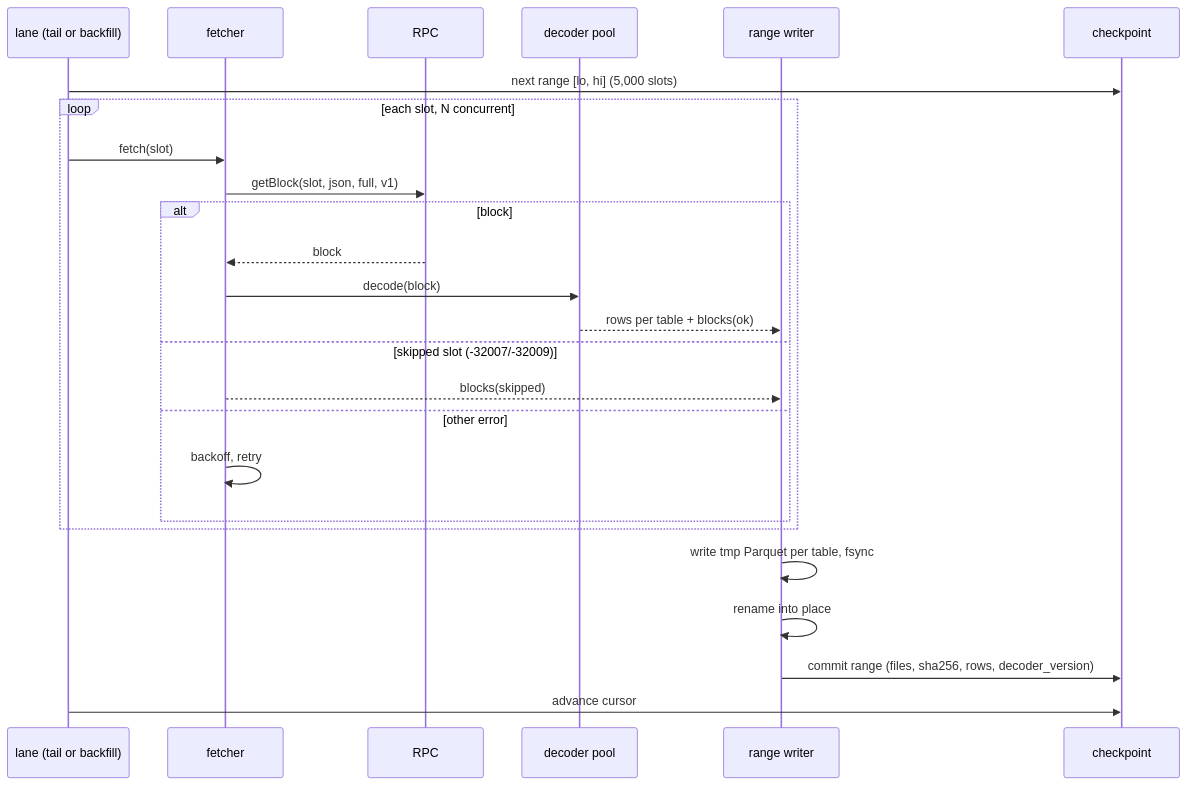
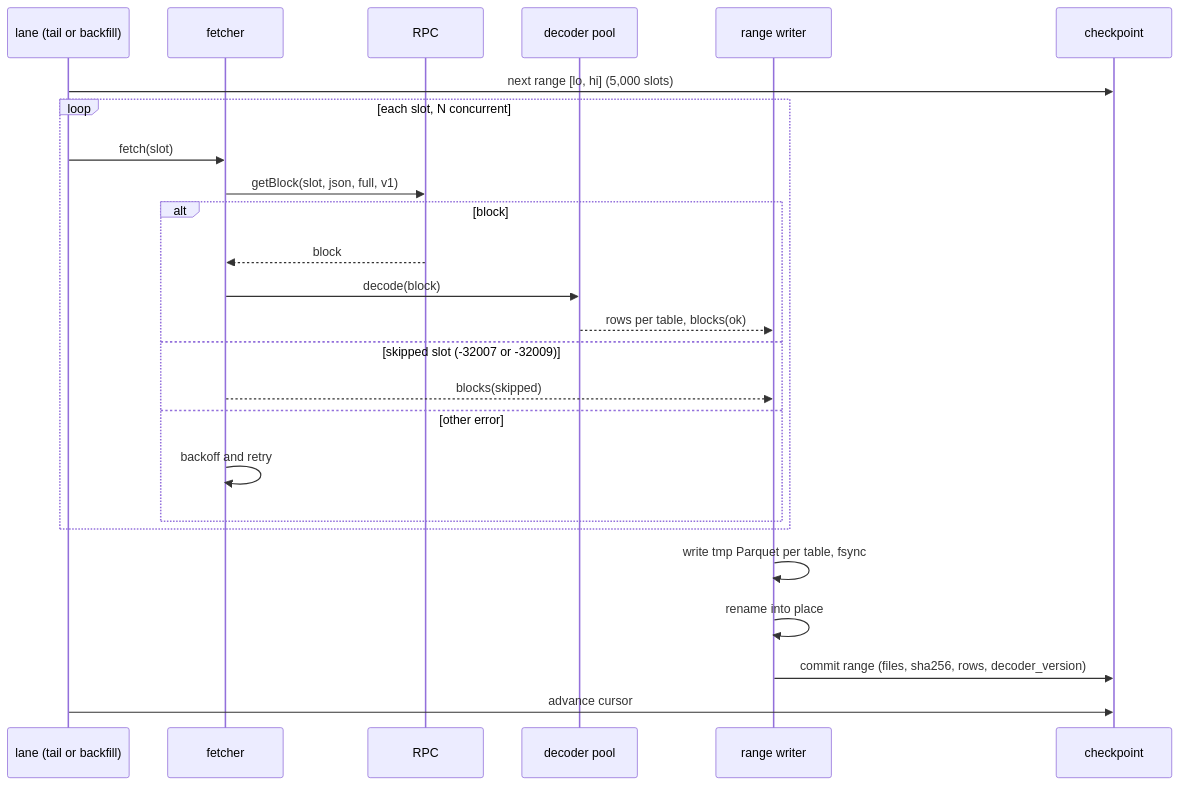
The third of 5 diagrams in docs/superpowers/specs/2026-10-15-fiber-data-collector-design.md (Noobmaster169/liquidity-data), drawn with Mermaid before and after one commit. The commit also changed other lines of this file, not shown here.

Commit message:
Spec: approved schema, envelope with outer_program, tier 2 swap rows, DLMM initialize_position table

````diff
--- a/docs/superpowers/specs/2026-10-15-fiber-data-collector-design.md
+++ b/docs/superpowers/specs/2026-10-15-fiber-data-collector-design.md
@@ -320,28 +396,28 @@
 ```mermaid
 sequenceDiagram
     participant L as lane (tail or backfill)
     participant F as fetcher
     participant R as RPC
     participant D as decoder pool
     participant W as range writer
     participant C as checkpoint
 
     L->>C: next range [lo, hi] (5,000 slots)
     loop each slot, N concurrent
         L->>F: fetch(slot)
         F->>R: getBlock(slot, json, full, v1)
         alt block
             R-->>F: block
             F->>D: decode(block)
-            D-->>W: rows per table + blocks(ok)
-        else skipped slot (-32007/-32009)
+            D-->>W: rows per table, blocks(ok)
+        else skipped slot (-32007 or -32009)
             F-->>W: blocks(skipped)
         else other error
-            F->>F: backoff, retry
+            F->>F: backoff and retry
         end
     end
     W->>W: write tmp Parquet per table, fsync
     W->>W: rename into place
     W->>C: commit range (files, sha256, rows, decoder_version)
     L->>C: advance cursor
 ```
````
